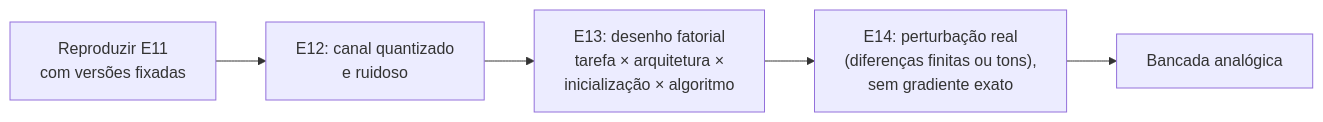
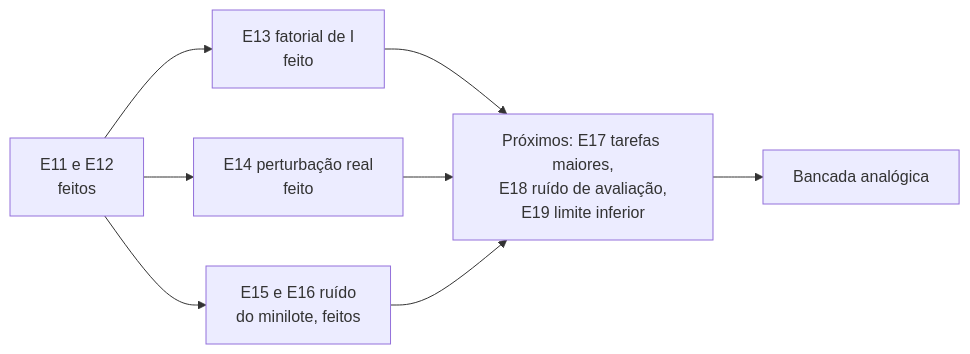
One commit to matheuscbs/quantcomput changed the diagram in docs/06-roteiro.md. Above: the diagram before and after it, drawn with Mermaid. The commit also changed other lines of this file and 30 other files, not shown here.

````diff
--- a/docs/06-roteiro.md
+++ b/docs/06-roteiro.md
@@ -5,7 +7,10 @@
 ```mermaid
 flowchart LR
-    A["Reproduzir E11<br/>com versões fixadas"] --> B["E12: canal quantizado<br/>e ruidoso"]
-    B --> C["E13: desenho fatorial<br/>tarefa × arquitetura ×<br/>inicialização × algoritmo"]
-    C --> D["E14: perturbação real<br/>(diferenças finitas ou tons),<br/>sem gradiente exato"]
-    D --> E["Bancada analógica"]
+    A["E11 e E12<br/>feitos"] --> C["E13 fatorial de I<br/>feito"]
+    A --> D["E14 perturbação real<br/>feito"]
+    A --> F["E15 e E16 ruído<br/>do minilote, feitos"]
+    C --> G["Próximos: E17 tarefas maiores,<br/>E18 ruído de avaliação,<br/>E19 limite inferior"]
+    D --> G
+    F --> G
+    G --> E["Bancada analógica"]
 ```
````
